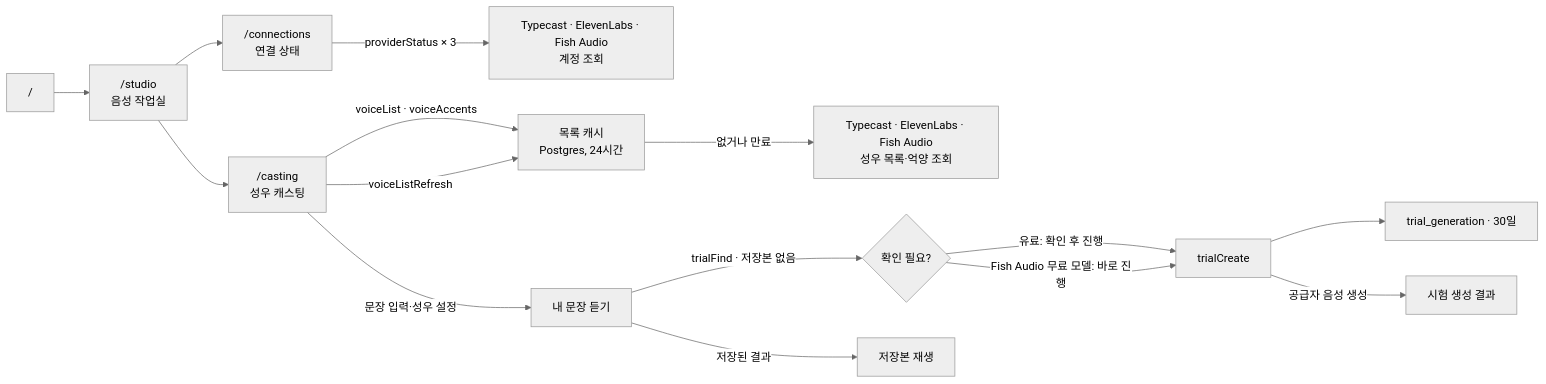
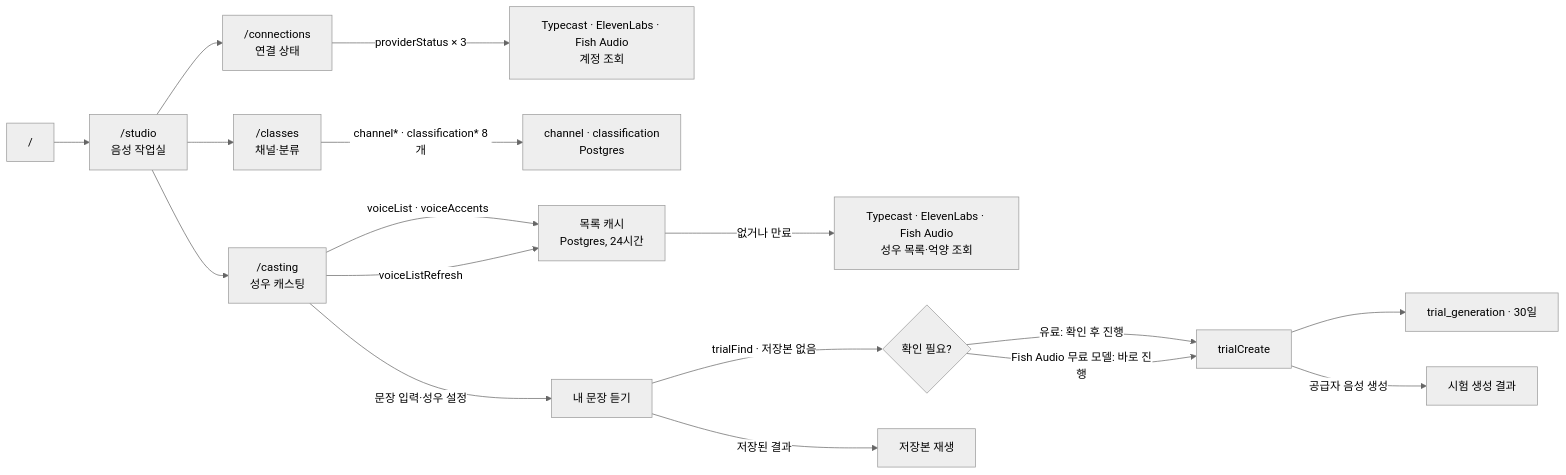
One commit to roadkwonai/omni-ai-tts changed the diagram in docs/domain/project.md. Above: the diagram before and after it, drawn with Mermaid (neutral theme). The commit also changed other lines of this file and 35 other files, not shown here.

````diff
--- a/docs/domain/project.md
+++ b/docs/domain/project.md
@@ -18,17 +18,19 @@
 ```mermaid
 flowchart LR
   R["/"] --> S["/studio<br/>음성 작업실"]
   S --> C["/connections<br/>연결 상태"]
   C -->|providerStatus × 3| P["Typecast · ElevenLabs · Fish Audio<br/>계정 조회"]
+  S --> CL["/classes<br/>채널·분류"]
+  CL -->|"channel* · classification* 8개"| CD["channel · classification<br/>Postgres"]
   S --> V["/casting<br/>성우 캐스팅"]
   V -->|"voiceList · voiceAccents"| K["목록 캐시<br/>Postgres, 24시간"]
   K -->|"없거나 만료"| L["Typecast · ElevenLabs · Fish Audio<br/>성우 목록·억양 조회"]
   V -->|voiceListRefresh| K
   V -->|문장 입력·성우 설정| TF["내 문장 듣기"]
   TF -->|trialFind · 저장본 없음| TC{"확인 필요?"}
   TC -->|유료: 확인 후 진행| TCR["trialCreate"]
   TC -->|Fish Audio 무료 모델: 바로 진행| TCR
   TF -->|저장된 결과| TA["저장본 재생"]
   TCR --> TR["trial_generation · 30일"]
   TCR -->|공급자 음성 생성| TOUT["시험 생성 결과"]
 ```
````
